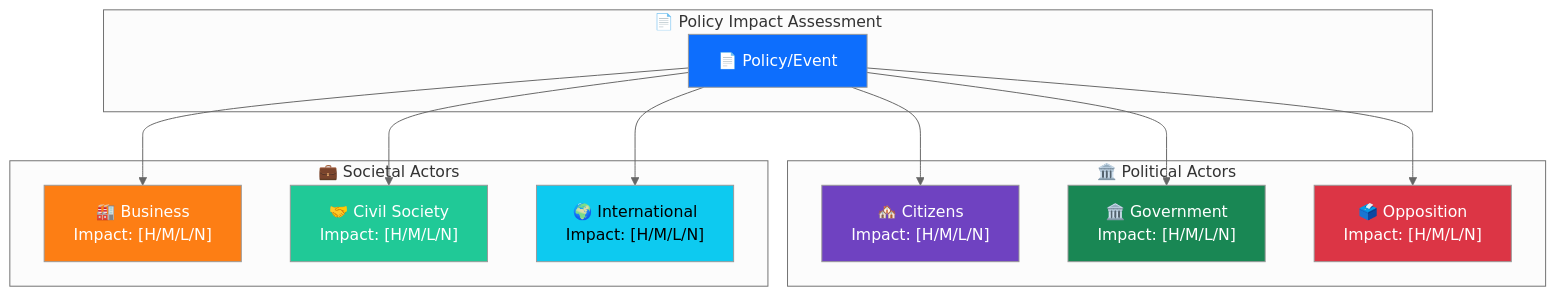
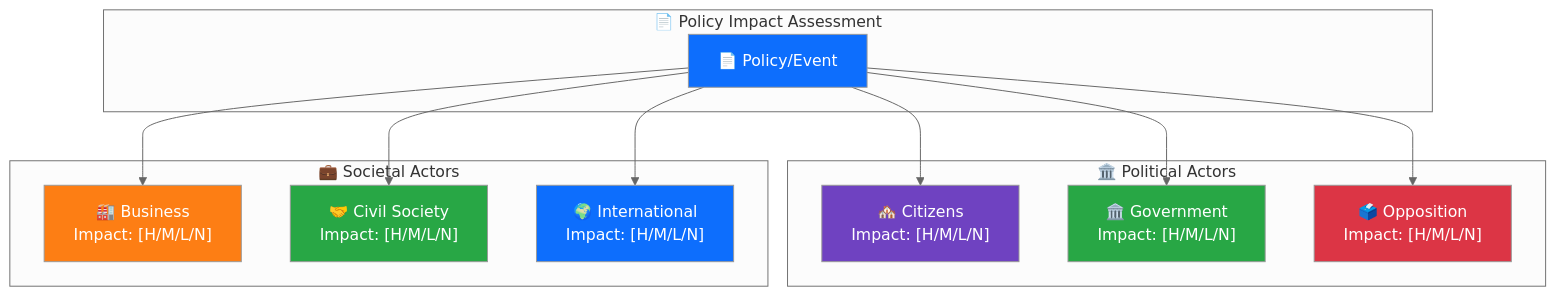
One commit to Hack23/riksdagsmonitor changed the diagram in analysis/templates/stakeholder-impact.md. Above: the diagram before and after it, drawn with Mermaid (neutral theme). The commit also changed 7 other files, not shown here.

````diff
--- a/analysis/templates/stakeholder-impact.md
+++ b/analysis/templates/stakeholder-impact.md
@@ -46,33 +46,33 @@
 ```mermaid
 graph TD
     subgraph "📄 Policy Impact Assessment"
         DOC["📄 Policy/Event"]
     end
 
     subgraph "🏛️ Political Actors"
         CIT["🏘️ Citizens<br/>Impact: [H/M/L/N]"]
         GOV["🏛️ Government<br/>Impact: [H/M/L/N]"]
         OPP["🗳️ Opposition<br/>Impact: [H/M/L/N]"]
     end
 
     subgraph "💼 Societal Actors"
         BIZ["🏭 Business<br/>Impact: [H/M/L/N]"]
         CIV["🤝 Civil Society<br/>Impact: [H/M/L/N]"]
         INT["🌍 International<br/>Impact: [H/M/L/N]"]
     end
 
     DOC --> CIT
     DOC --> GOV
     DOC --> OPP
     DOC --> BIZ
     DOC --> CIV
     DOC --> INT
 
     style DOC fill:#0d6efd,color:#fff
     style CIT fill:#6f42c1,color:#fff
-    style GOV fill:#198754,color:#fff
+    style GOV fill:#28a745,color:#fff
     style OPP fill:#dc3545,color:#fff
     style BIZ fill:#fd7e14,color:#fff
-    style CIV fill:#20c997,color:#fff
-    style INT fill:#0dcaf0,color:#000
+    style CIV fill:#28a745,color:#fff
+    style INT fill:#0d6efd,color:#fff
 ```
````
